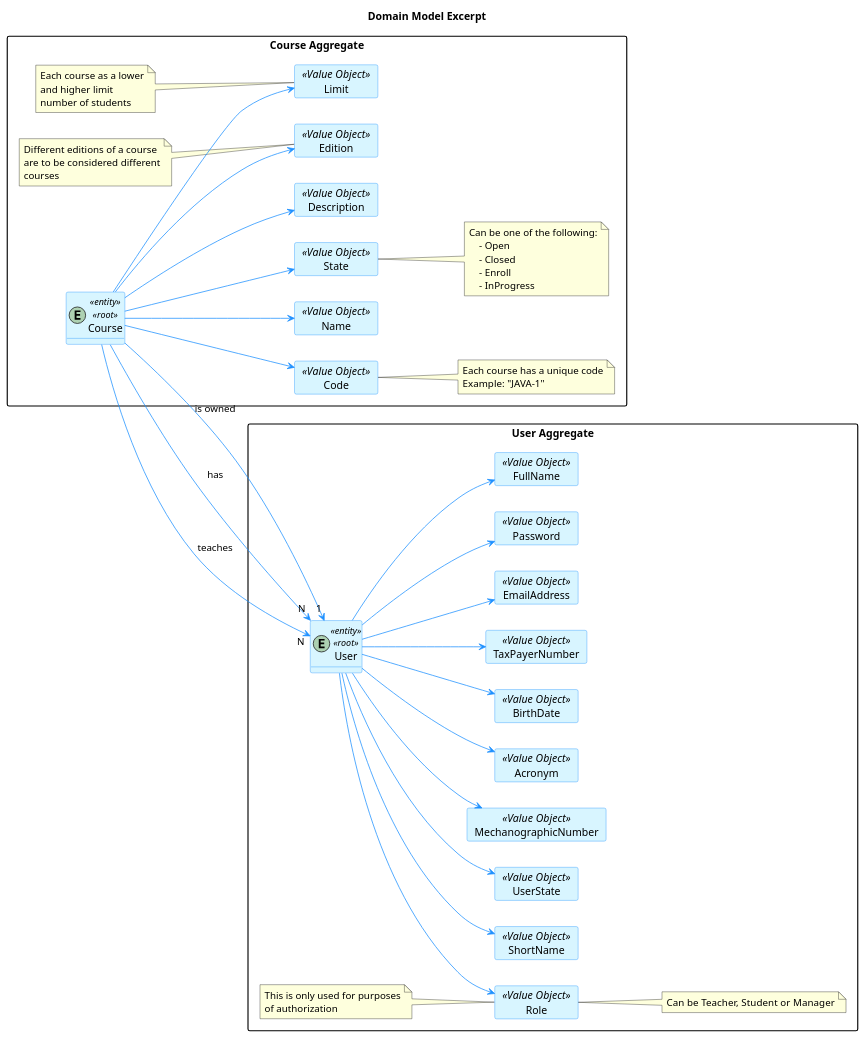
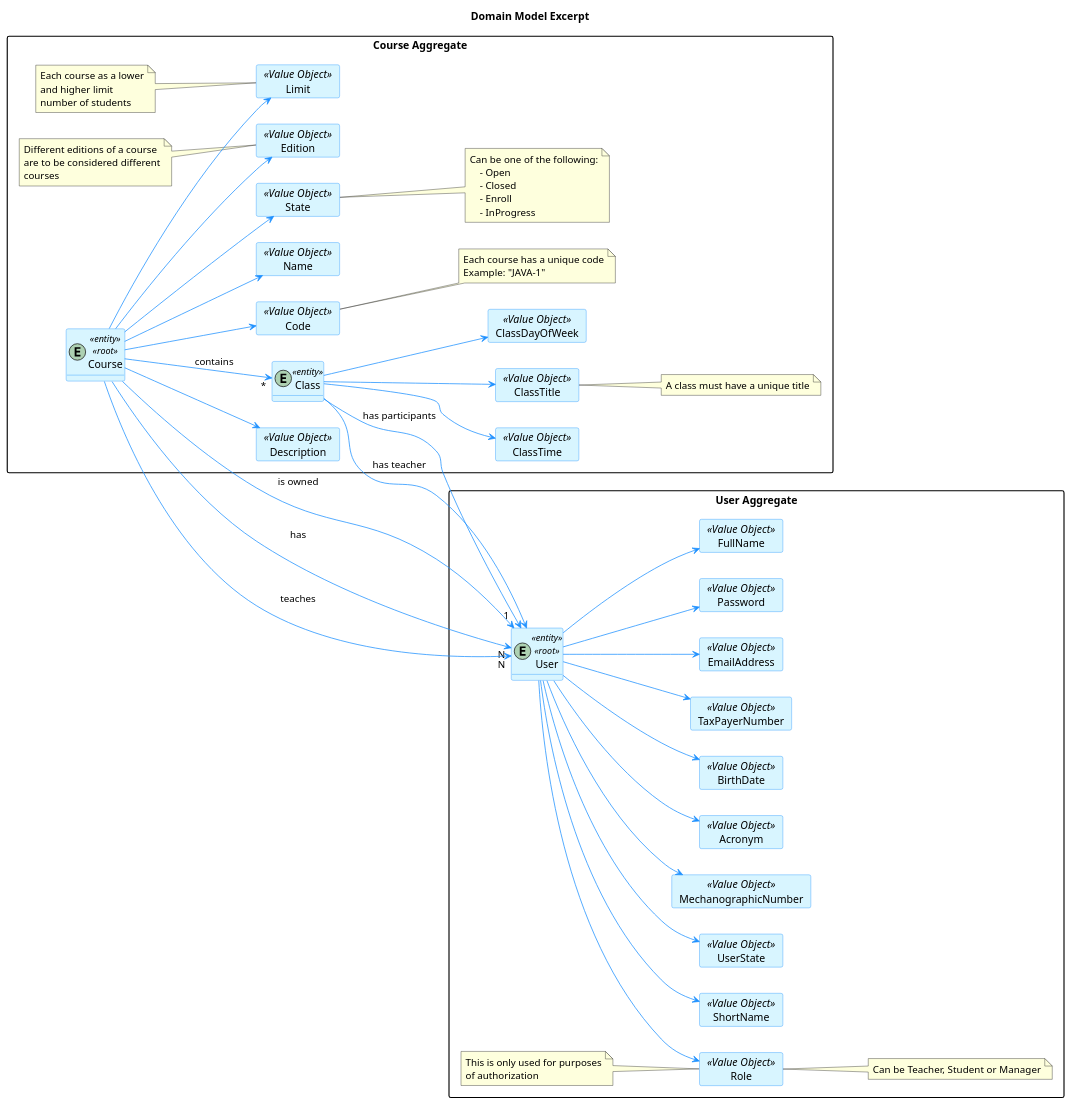
The diagram in docs/SPRINT B/US_1006/Analysis/DomainModelExcerpt.puml (brunacosta03/sem4pi_22_23), drawn with PlantUML before and after one commit. The commit also changed 7 other files, not shown here.

```diff
--- a/docs/SPRINT B/US_1006/Analysis/DomainModelExcerpt.puml
+++ b/docs/SPRINT B/US_1006/Analysis/DomainModelExcerpt.puml
@@ -1,127 +1,151 @@
 @startuml
 
 title Domain Model Excerpt
 
 hide methods
 left to right direction
 
 skinparam classAttributeIconSize 0
 
 skinparam class {
     LifeLineBorderColor DodgerBlue
     LifeLineBackgroundColor APPLICATION
     BackgroundColor #D8F5FF
     ArrowColor DodgerBlue
     BorderColor DodgerBlue
 }
 
 skinparam packageStyle rectangle
 
 skinparam card {
     LifeLineBorderColor DodgerBlue
     LifeLineBackgroundColor APPLICATION
     BackgroundColor #D8F5FF
     ArrowColor DodgerBlue
     BorderColor DodgerBlue
 }
 
 package "User Aggregate" {
     entity User <<entity>><<root>>
 
 'User value objects
     card EmailAddress <<Value Object>>{
     }
     card Password <<Value Object>>{
     }
     card FullName <<Value Object>>{
     }
     card ShortName <<Value Object>>{
     }
     card UserState <<Value Object>>{
     }
     card MechanographicNumber <<Value Object>>{
     }
     card Acronym <<Value Object>> {
     }
     card BirthDate <<Value Object>> {
     }
     card TaxPayerNumber <<Value Object>> {
     }
     card Role <<Value Object>> {
     }
 
     note right of Role: Can be Teacher, Student or Manager
 
     User --> EmailAddress
     User --> Password
     User --> FullName
     User --> ShortName
     User --> Role
     User --> UserState
     User --> MechanographicNumber
     User --> Acronym
     User --> BirthDate
     User --> TaxPayerNumber
 
     note left of Role
         This is only used for purposes
         of authorization
     end note
 }
 
 package "Course Aggregate" {
     entity Course <<entity>><<root>>
 
     'Course value objects
     card Code <<Value Object>> {
     }
     card Name <<Value Object>>{
     }
     card State <<Value Object>>{
     }
     card Description <<Value Object>>{
     }
     card Limit <<Value Object>>{
     }
     card Edition <<Value Object>>{
     }
 
     Course --> Name
     Course --> State
     Course --> Description
     Course --> Limit
     Course --> Code
     Course --> Edition
 
     note right of State
         Can be one of the following:
             - Open
             - Closed
             - Enroll
             - InProgress
     end note
 
     note left of Limit
         Each course as a lower
         and higher limit
         number of students
     end note
 
     note right of Code
         Each course has a unique code
         Example: "JAVA-1"
     end note
 
     note left of Edition
         Different editions of a course
         are to be considered different
         courses
     end note
+
+
+    entity Class <<entity>>
+
+    card ClassTime <<Value Object>>{
+    }
+
+    card ClassTitle <<Value Object>>{
+    }
+
+    card ClassDayOfWeek <<Value Object>>{
+    }
+
+    note right of ClassTitle
+        A class must have a unique title
+    end note
+
+    Class --> ClassTime
+    Class --> ClassTitle
+    Class --> ClassDayOfWeek
+    Course --> "*" Class : contains
 }
 
 
     Course --> "1" User : is owned
     Course --> "N" User : has
     Course --> "N" User : teaches
 
+    Class --> User : has participants
+    Class --> User : has teacher
+
 @enduml
```
